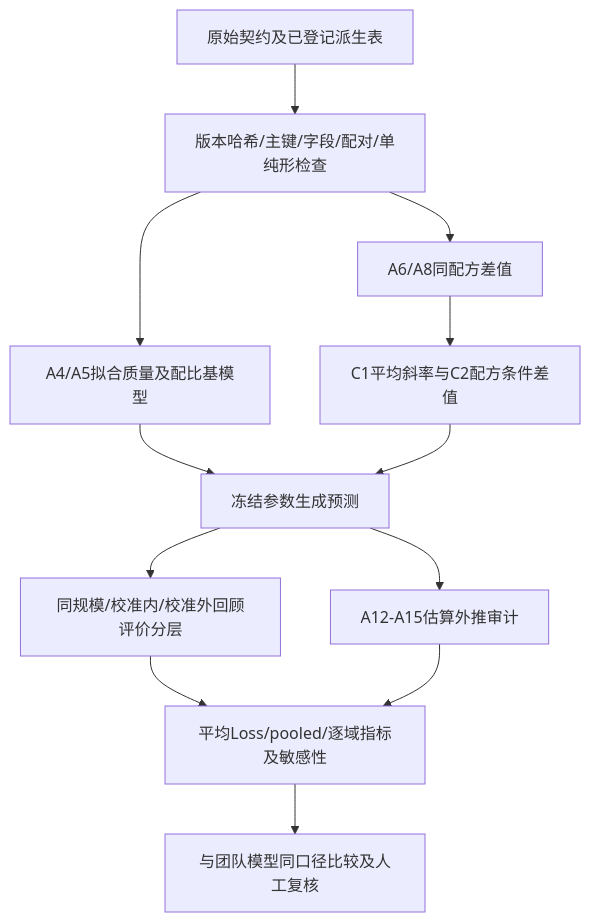
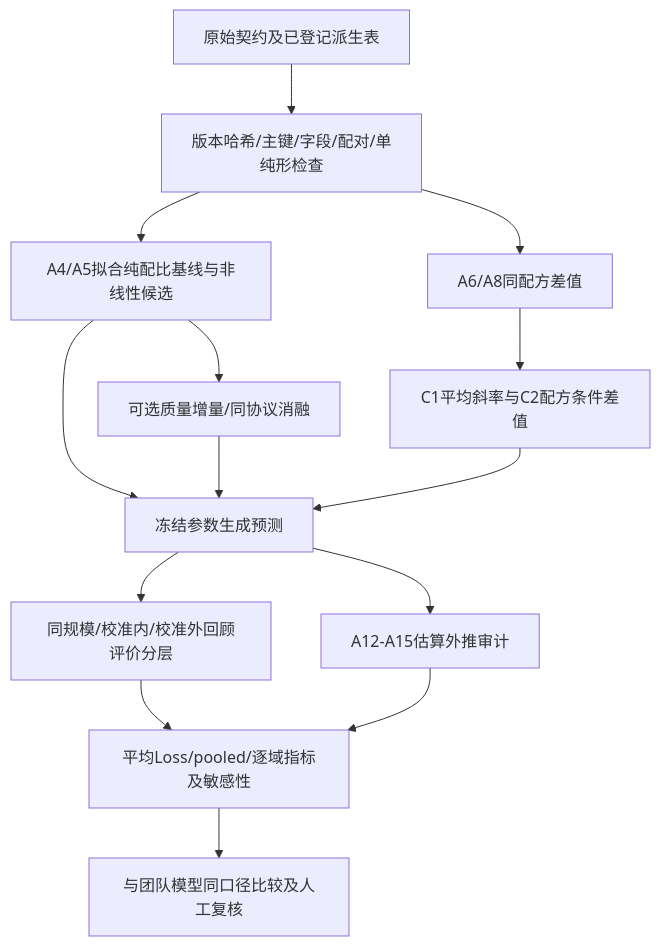
Before and after one commit to xiaoyuankele/huawei-cup-2026-team: the diagram in docs/problem/q1-s03-data-model-guide.md, drawn with Mermaid. The commit also changed other lines of this file and 3 other files, not shown here.

````diff
--- a/docs/problem/q1-s03-data-model-guide.md
+++ b/docs/problem/q1-s03-data-model-guide.md
@@ -57,14 +73,16 @@
 ```mermaid
 flowchart TD
     A[原始契约及已登记派生表] --> B[版本哈希/主键/字段/配对/单纯形检查]
-    B --> C[A4/A5拟合质量及配比基模型]
+    B --> C[A4/A5拟合纯配比基线与非线性候选]
+    C --> Q[可选质量增量/同协议消融]
     B --> D[A6/A8同配方差值]
     D --> E[C1平均斜率与C2配方条件差值]
     C --> F[冻结参数生成预测]
+    Q --> F
     E --> F
     F --> G[同规模/校准内/校准外回顾评价分层]
     F --> H[A12-A15估算外推审计]
     G --> I[平均Loss/pooled/逐域指标及敏感性]
     H --> I
     I --> J[与团队模型同口径比较及人工复核]
 ```
````
